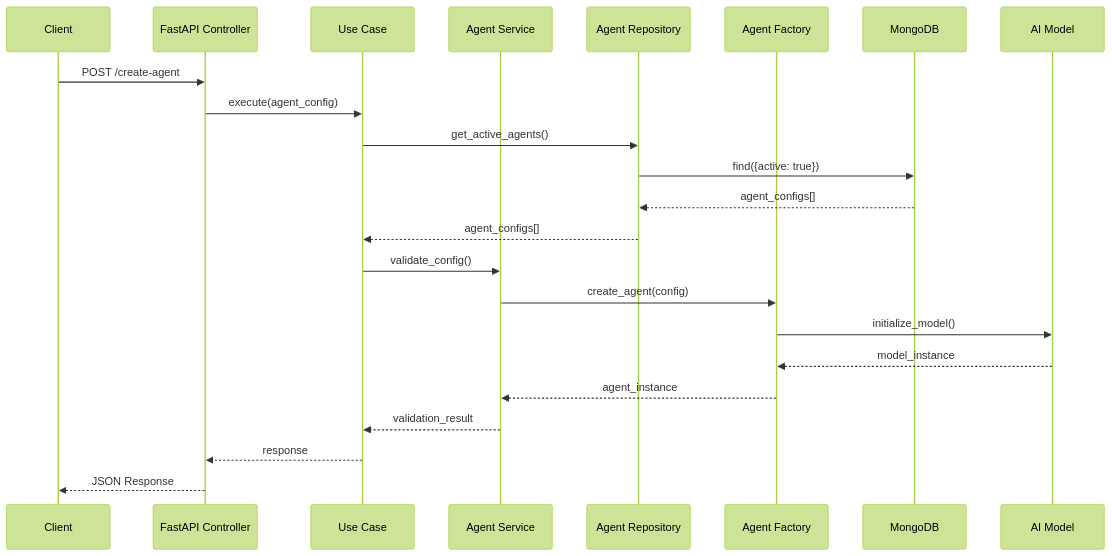
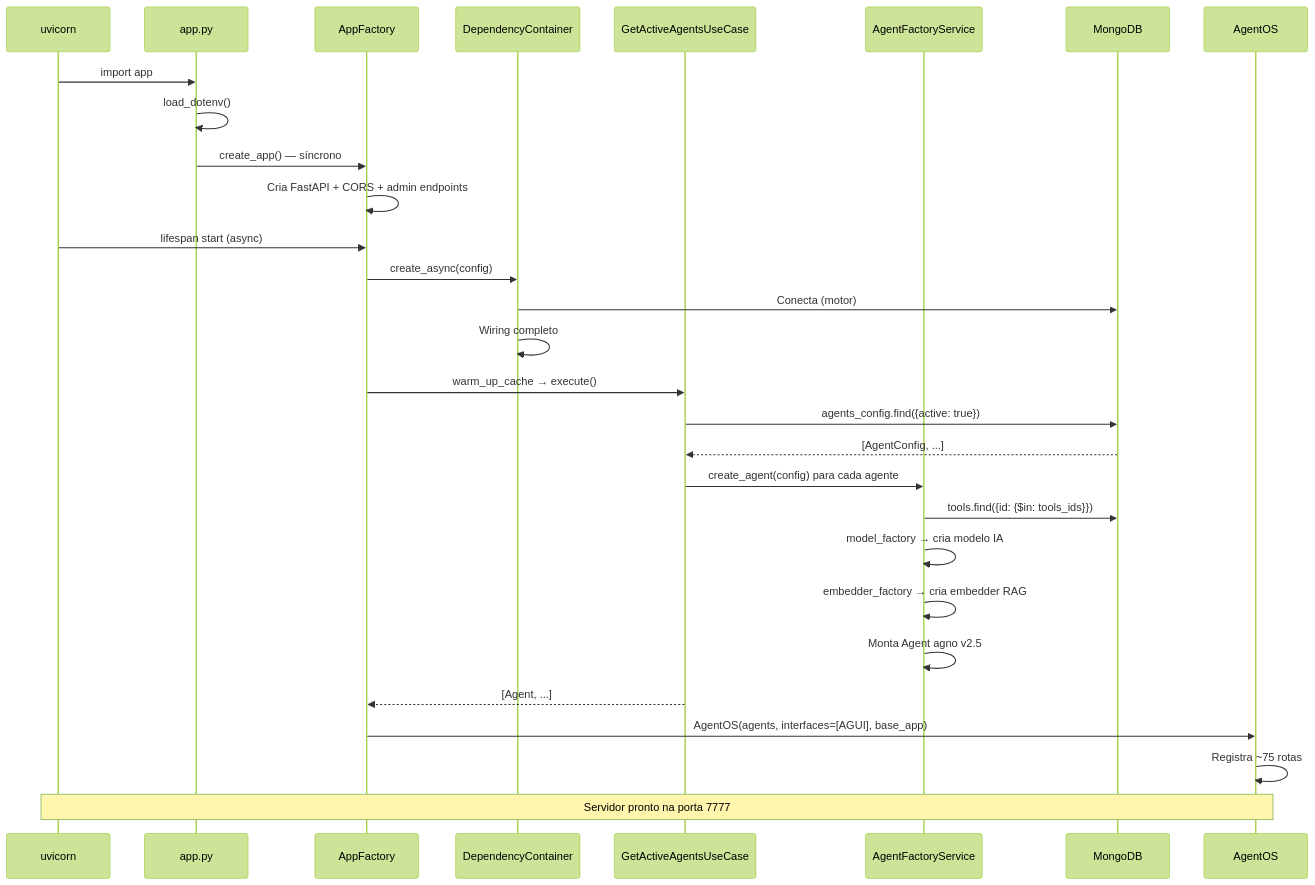
Before and after one commit to Mosfet04/orquestradorIAPythonArgo: the second of 4 diagrams in README.pt-br.md, drawn with Mermaid (forest theme). The commit also changed other lines of this file and 62 other files, not shown here.

First line of the commit message:
Migração Agno v2.5 + Arquitetura Hexagonal + Performance Async (#4)

````diff
--- a/README.pt-br.md
+++ b/README.pt-br.md
@@ -162,26 +259,32 @@
 ```mermaid
 sequenceDiagram
-    participant C as Client
-    participant API as FastAPI Controller
-    participant UC as Use Case
-    participant AS as Agent Service
-    participant AR as Agent Repository
-    participant AF as Agent Factory
-    participant DB as MongoDB
-    participant AI as AI Model
+    participant U as uvicorn
+    participant A as app.py
+    participant F as AppFactory
+    participant DI as DependencyContainer
+    participant UC as GetActiveAgentsUseCase
+    participant AF as AgentFactoryService
+    participant MDB as MongoDB
+    participant OS as AgentOS
 
-    C->>API: POST /create-agent
-    API->>UC: execute(agent_config)
-    UC->>AR: get_active_agents()
-    AR->>DB: find({active: true})
-    DB-->>AR: agent_configs[]
-    AR-->>UC: agent_configs[]
-    UC->>AS: validate_config()
-    AS->>AF: create_agent(config)
-    AF->>AI: initialize_model()
-    AI-->>AF: model_instance
-    AF-->>AS: agent_instance
-    AS-->>UC: validation_result
-    UC-->>API: response
-    API-->>C: JSON Response
+    U->>A: import app
+    A->>A: load_dotenv()
+    A->>F: create_app() — síncrono
+    F->>F: Cria FastAPI + CORS + admin endpoints
+    U->>F: lifespan start (async)
+    F->>DI: create_async(config)
+    DI->>MDB: Conecta (motor)
+    DI->>DI: Wiring completo
+    F->>UC: warm_up_cache → execute()
+    UC->>MDB: agents_config.find({active: true})
+    MDB-->>UC: [AgentConfig, ...]
+    UC->>AF: create_agent(config) para cada agente
+    AF->>MDB: tools.find({id: {$in: tools_ids}})
+    AF->>AF: model_factory → cria modelo IA
+    AF->>AF: embedder_factory → cria embedder RAG
+    AF->>AF: Monta Agent agno v2.5
+    UC-->>F: [Agent, ...]
+    F->>OS: AgentOS(agents, interfaces=[AGUI], base_app)
+    OS->>OS: Registra ~75 rotas
+    Note over U,OS: Servidor pronto na porta 7777
 ```
````
